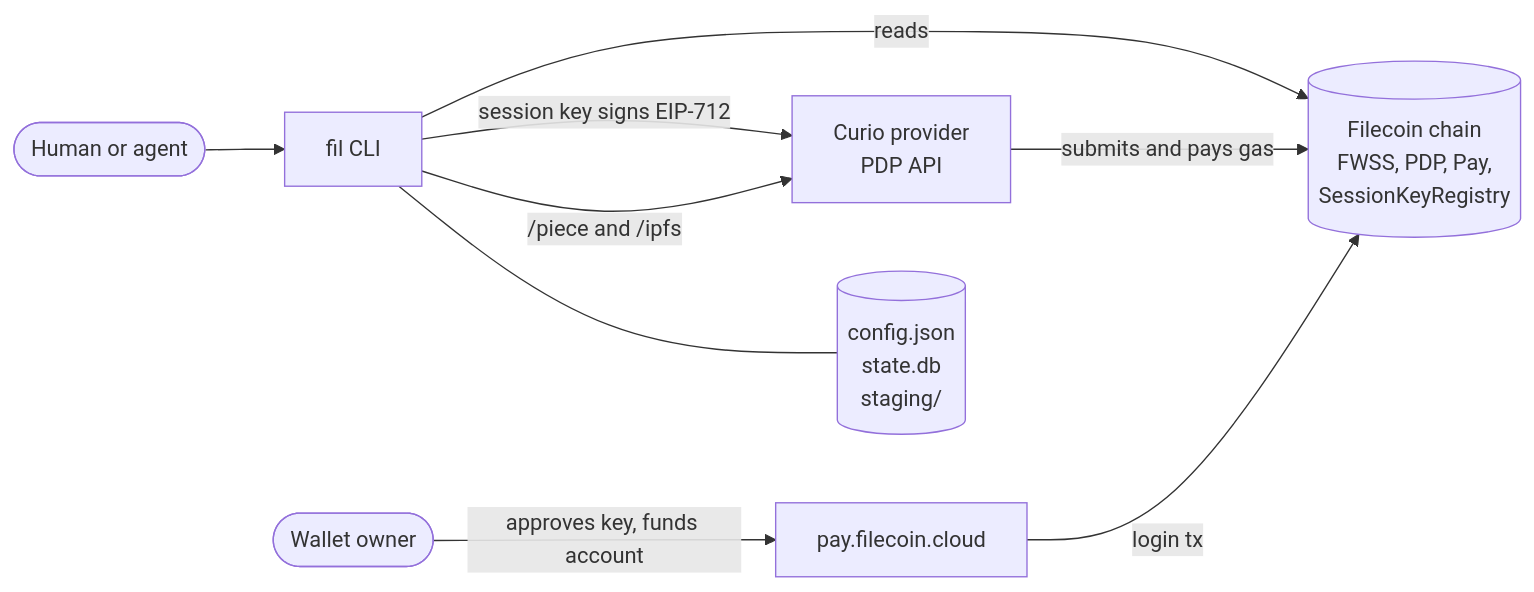
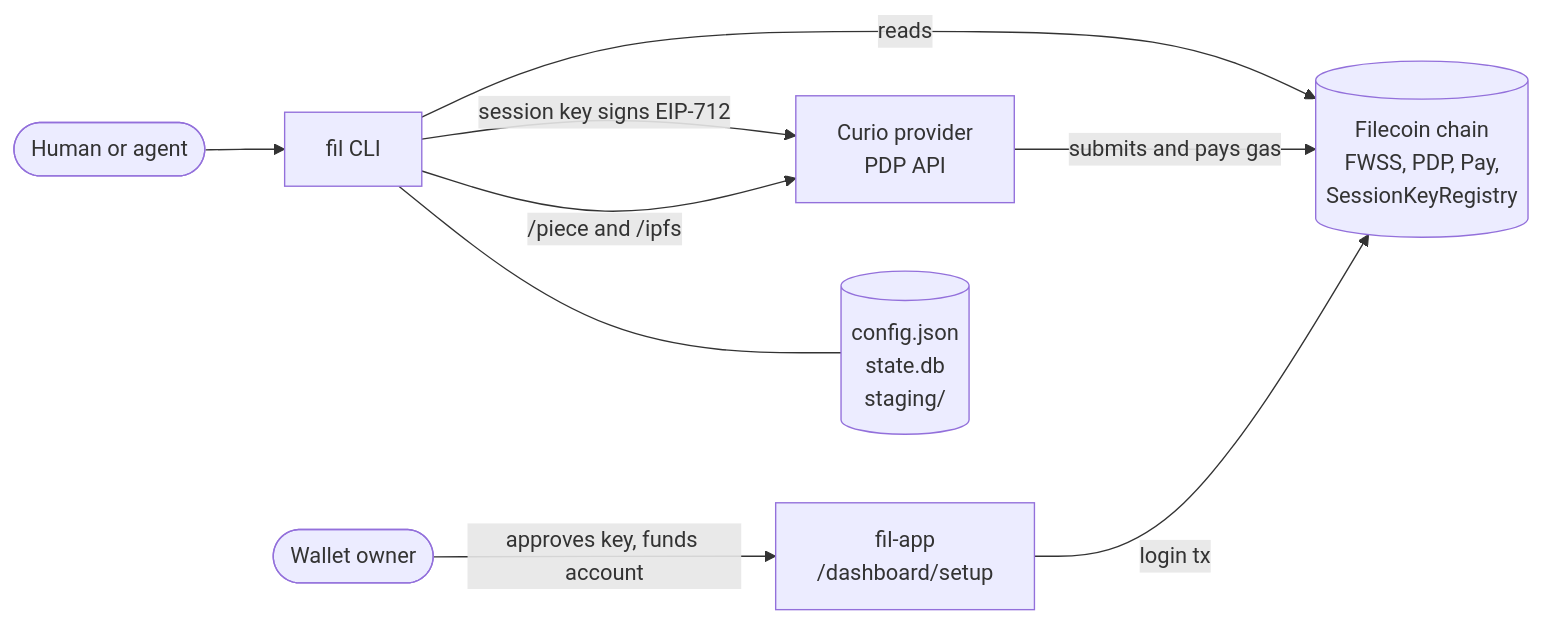
One commit to hugomrdias/fil changed the first of 3 diagrams in docs/fil/architecture.md. Above: the diagram before and after it, drawn with Mermaid. The commit also changed other lines of this file and 28 other files, not shown here.

First line of the commit message:
feat: approve fil login keys and funding on a fil-app setup page (#35)

````diff
--- a/docs/fil/architecture.md
+++ b/docs/fil/architecture.md
@@ -16,11 +16,11 @@
 ```mermaid
 flowchart LR
   user([Human or agent]) --> cli[fil CLI]
   cli -- session key signs EIP-712 --> curio[Curio provider<br/>PDP API]
   cli -- reads --> chain[(Filecoin chain<br/>FWSS, PDP, Pay,<br/>SessionKeyRegistry)]
   curio -- submits and pays gas --> chain
-  owner([Wallet owner]) -- approves key, funds account --> console[pay.filecoin.cloud]
-  console -- login tx --> chain
+  owner([Wallet owner]) -- approves key, funds account --> app[fil-app<br/>/dashboard/setup]
+  app -- login tx --> chain
   cli -- /piece and /ipfs --> curio
   cli --- local[(config.json<br/>state.db<br/>staging/)]
 ```
````
